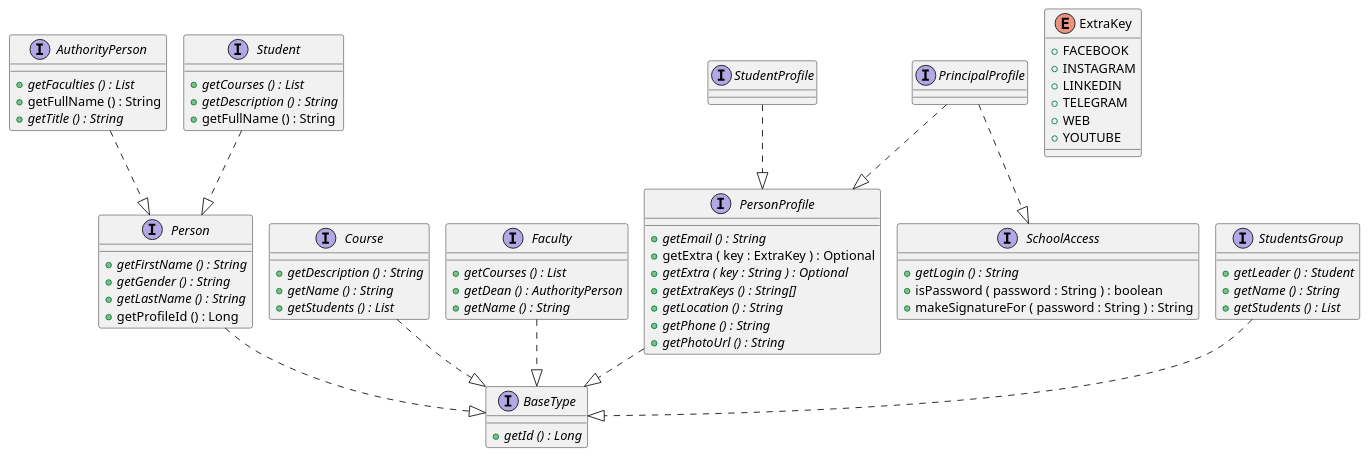
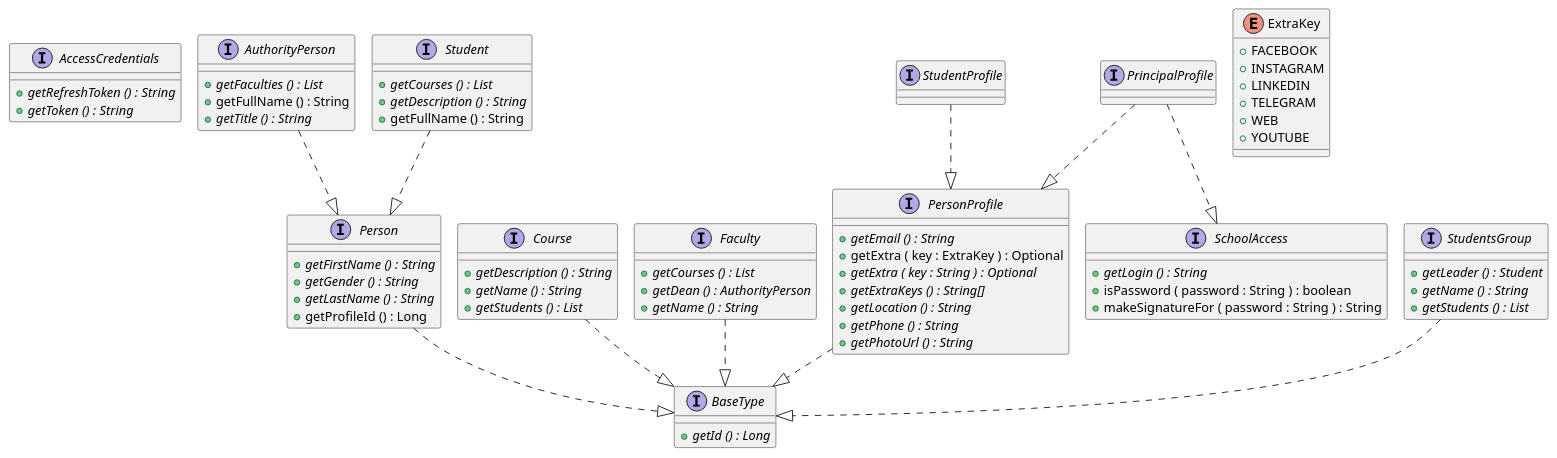
Before and after one commit to OlegSopilnyak/school-demo: the diagram in micro-core/documentation/puml/class-diagrams/CommonDataModel.puml, drawn with PlantUML. The commit also changed 6 other files, not shown here.

```diff
--- a/micro-core/documentation/puml/class-diagrams/CommonDataModel.puml
+++ b/micro-core/documentation/puml/class-diagrams/CommonDataModel.puml
@@ -3,102 +3,108 @@
 @startuml
 !pragma layout smetana
+
+interface AccessCredentials {
+	{method}  {abstract} +getRefreshToken () : String
+	{method}  {abstract} +getToken () : String
+}
+
 
 interface AuthorityPerson {
 	{method}  {abstract} +getFaculties () : List
 	{method} +getFullName () : String
 	{method}  {abstract} +getTitle () : String
 }
 
 
 interface BaseType {
 	{method}  {abstract} +getId () : Long
 }
 
 
 interface Course {
 	{method}  {abstract} +getDescription () : String
 	{method}  {abstract} +getName () : String
 	{method}  {abstract} +getStudents () : List
 }
 
 
 enum ExtraKey {
 	{field} +FACEBOOK
 	{field} +INSTAGRAM
 	{field} +LINKEDIN
 	{field} +TELEGRAM
 	{field} +WEB
 	{field} +YOUTUBE
 }
 
 
 interface Faculty {
 	{method}  {abstract} +getCourses () : List
 	{method}  {abstract} +getDean () : AuthorityPerson
 	{method}  {abstract} +getName () : String
 }
 
 
 interface Person {
 	{method}  {abstract} +getFirstName () : String
 	{method}  {abstract} +getGender () : String
 	{method}  {abstract} +getLastName () : String
 	{method} +getProfileId () : Long
 }
 
 
 interface PersonProfile {
 	{method}  {abstract} +getEmail () : String
 	{method} +getExtra ( key : ExtraKey ) : Optional
 	{method}  {abstract} +getExtra ( key : String ) : Optional
 	{method}  {abstract} +getExtraKeys () : String[]
 	{method}  {abstract} +getLocation () : String
 	{method}  {abstract} +getPhone () : String
 	{method}  {abstract} +getPhotoUrl () : String
 }
 
 
 interface PrincipalProfile {
 }
 
 
 interface SchoolAccess {
 	{method}  {abstract} +getLogin () : String
 	{method} +isPassword ( password : String ) : boolean
 	{method} +makeSignatureFor ( password : String ) : String
 }
 
 
 interface Student {
 	{method}  {abstract} +getCourses () : List
 	{method}  {abstract} +getDescription () : String
 	{method} +getFullName () : String
 }
 
 
 interface StudentProfile {
 }
 
 
 interface StudentsGroup {
 	{method}  {abstract} +getLeader () : Student
 	{method}  {abstract} +getName () : String
 	{method}  {abstract} +getStudents () : List
 }
 
 
 
 
 AuthorityPerson ..|>  Person
 Course ..|>  BaseType
 Faculty ..|>  BaseType
 Person ..|>  BaseType
 PersonProfile ..|>  BaseType
 PrincipalProfile ..|>  PersonProfile
 PrincipalProfile ..|>  SchoolAccess
 Student ..|>  Person
 StudentProfile ..|>  PersonProfile
 StudentsGroup ..|>  BaseType
 
 
 @enduml
```
